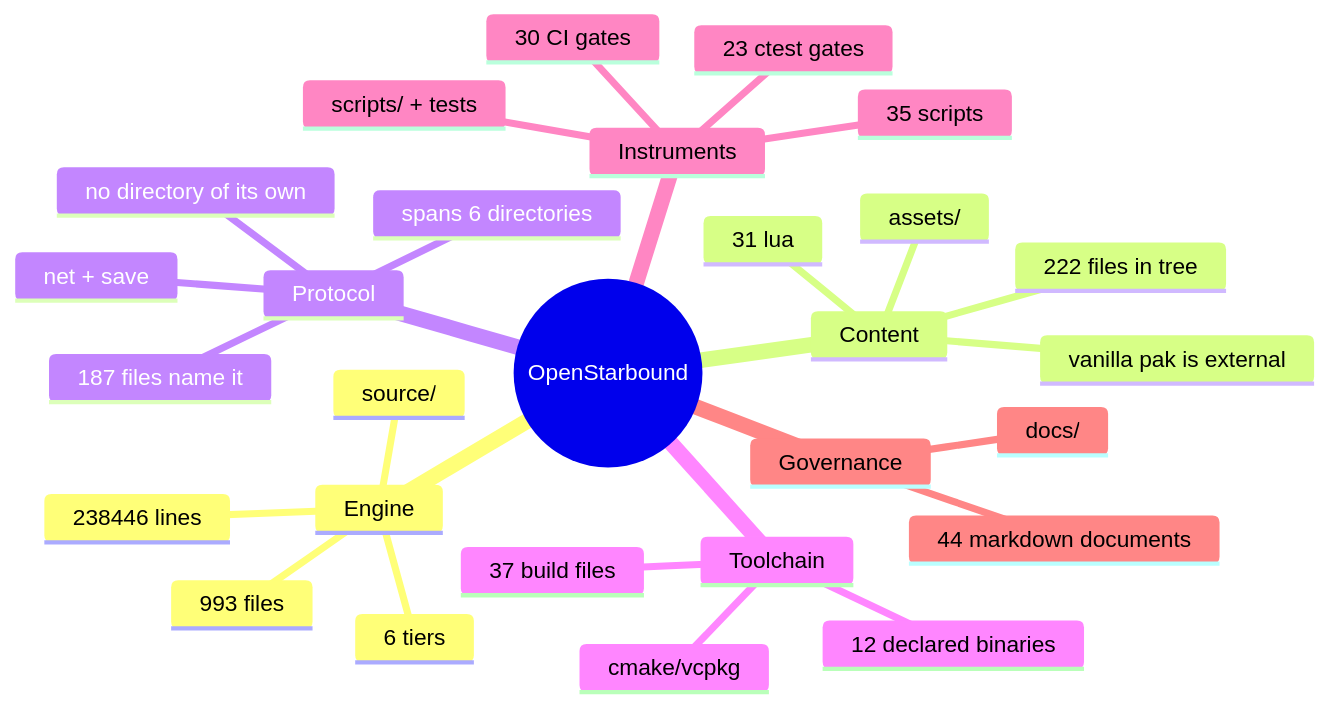
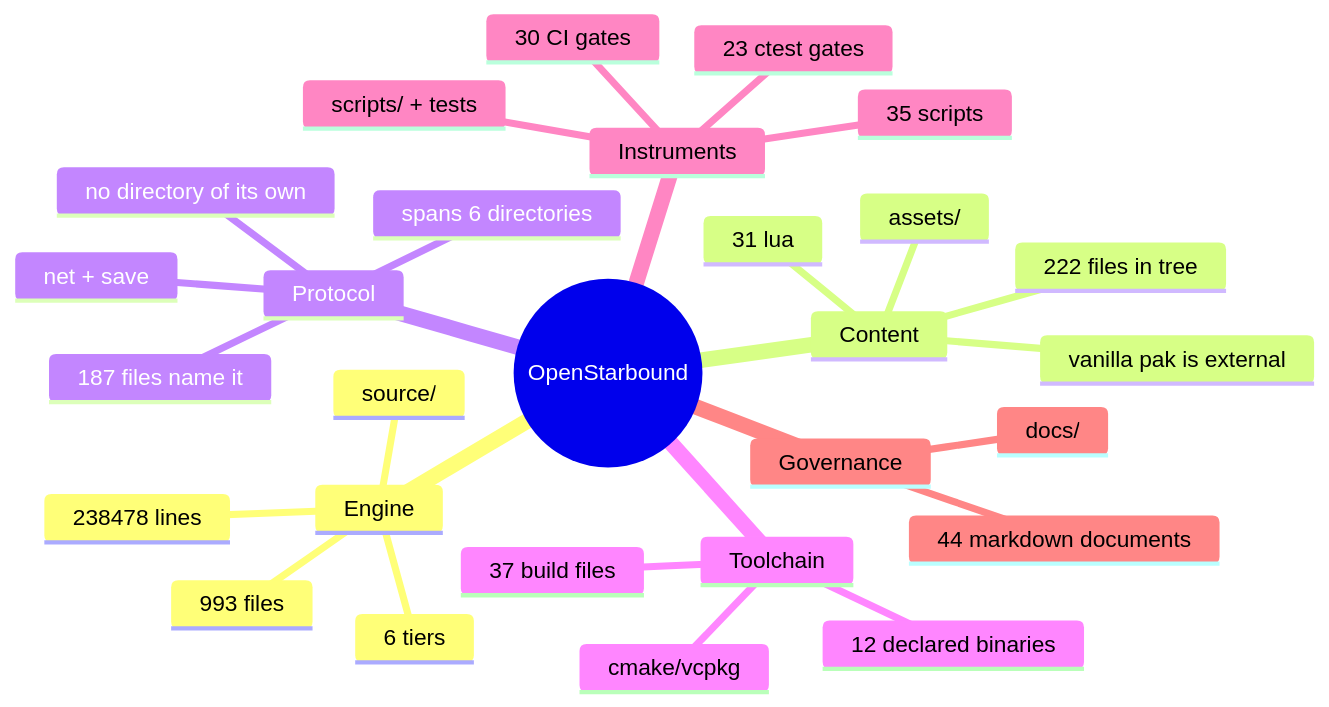
One commit to apnex/OpenStarbound changed the second of 11 diagrams in docs/architecture/system-boundaries.md. Above: the diagram before and after it, drawn with Mermaid. The commit also changed other lines of this file and 3 other files, not shown here.

````diff
--- a/docs/architecture/system-boundaries.md
+++ b/docs/architecture/system-boundaries.md
@@ -166,31 +166,31 @@
 ```mermaid
 mindmap
   root((OpenStarbound))
     Engine
       source/
       993 files
-      238446 lines
+      238478 lines
       6 tiers
     Content
       assets/
       222 files in tree
       31 lua
       vanilla pak is external
     Protocol
       net + save
       187 files name it
       spans 6 directories
       no directory of its own
     Toolchain
       cmake/vcpkg
       37 build files
       12 declared binaries
     Instruments
       scripts/ + tests
       35 scripts
       23 ctest gates
       30 CI gates
     Governance
       docs/
       44 markdown documents
 ```
````
